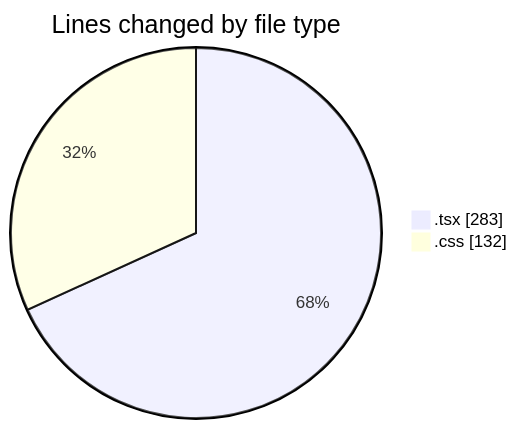
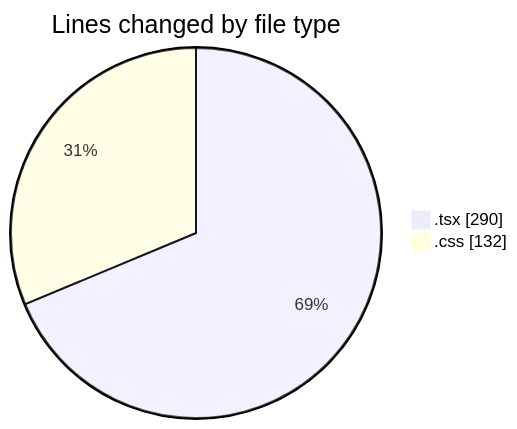
One commit to Elitesun/code-tracking changed the first of 2 diagrams in 2025-05-06/niten/README.md. Above: the diagram before and after it, drawn with Mermaid. The commit also changed other lines of this file and 1 other file, not shown here.

````diff
--- a/2025-05-06/niten/README.md
+++ b/2025-05-06/niten/README.md
@@ -25,6 +25,6 @@
 ```mermaid
 pie showData
 title Lines changed by file type
-".tsx" : 283
+".tsx" : 290
 ".css" : 132
 ```
````
